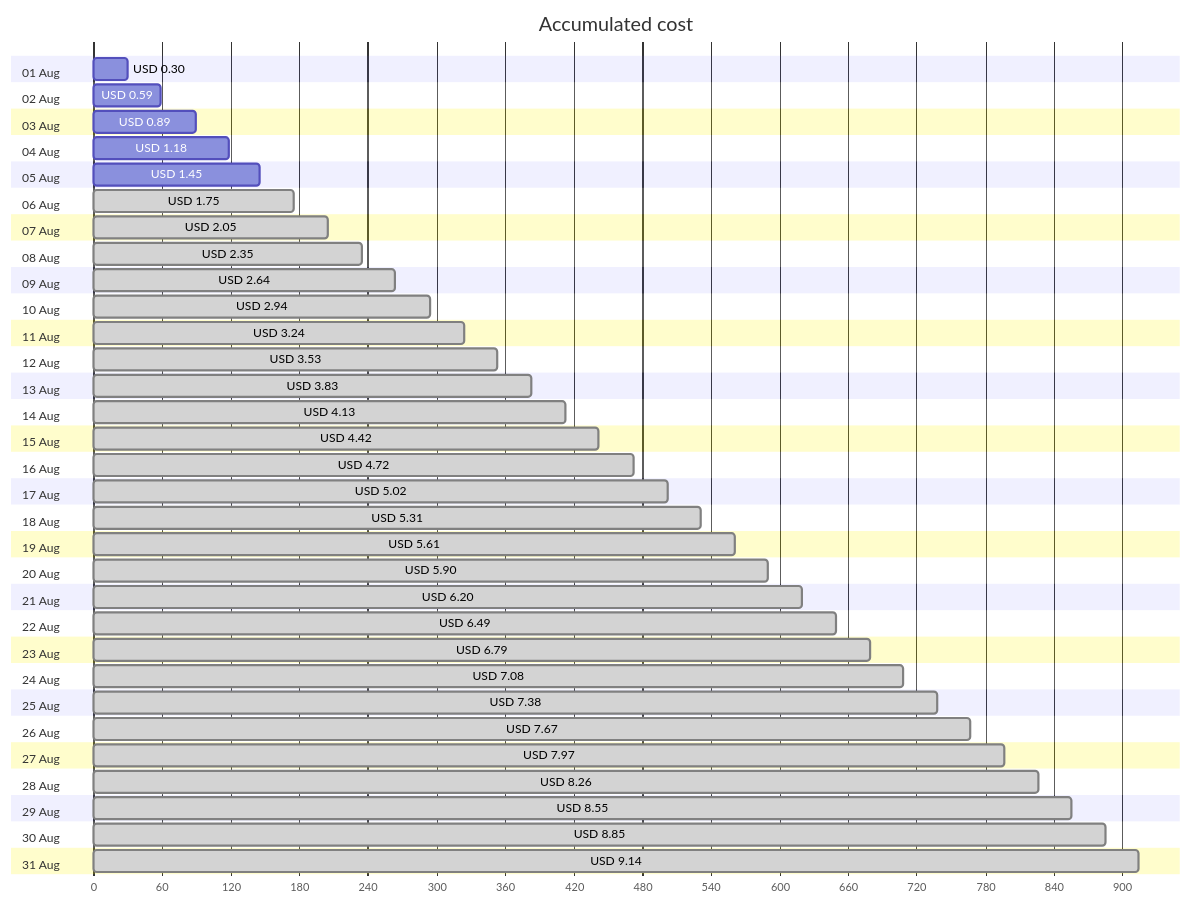
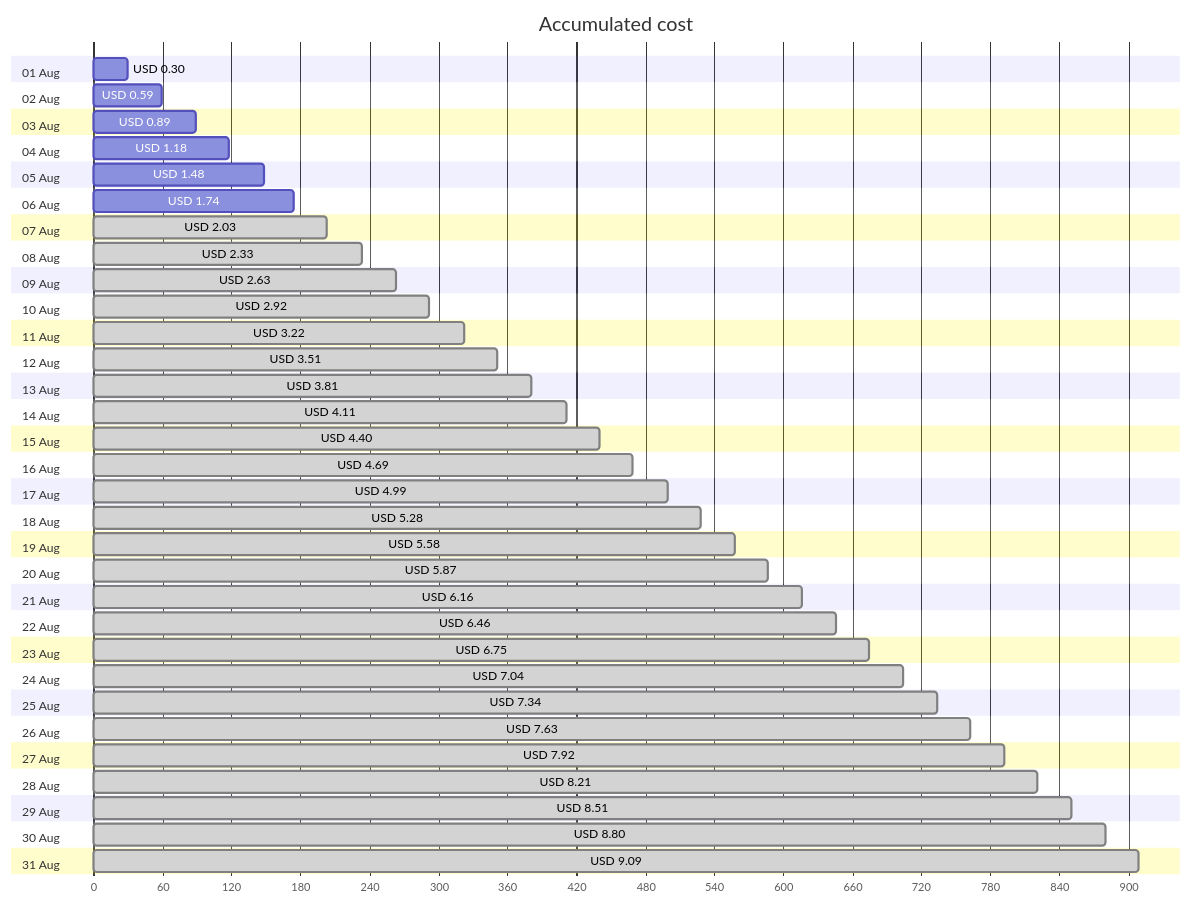
Before and after one commit to jpfulton/azure-personal-reports: the first of 4 diagrams in cost-reports/personal-site/personal-site.md, drawn with Mermaid. The commit also changed other lines of this file and 6 other files, not shown here.

````diff
--- a/cost-reports/personal-site/personal-site.md
+++ b/cost-reports/personal-site/personal-site.md
@@ -20,68 +20,68 @@
 ```mermaid
 gantt
    title Accumulated cost
    dateFormat  X
    axisFormat %s
    section 01 Aug
    USD 0.30 :0, 30
    section 02 Aug
    USD 0.59 :0, 59
    section 03 Aug
    USD 0.89 :0, 89
    section 04 Aug
    USD 1.18 :0, 118
    section 05 Aug
-   USD 1.45 :0, 145
+   USD 1.48 :0, 148
    section 06 Aug
-   USD 1.75 : done, 0, 175
+   USD 1.74 :0, 174
    section 07 Aug
-   USD 2.05 : done, 0, 205
+   USD 2.03 : done, 0, 203
    section 08 Aug
-   USD 2.35 : done, 0, 235
+   USD 2.33 : done, 0, 233
    section 09 Aug
-   USD 2.64 : done, 0, 264
+   USD 2.63 : done, 0, 263
    section 10 Aug
-   USD 2.94 : done, 0, 294
+   USD 2.92 : done, 0, 292
    section 11 Aug
-   USD 3.24 : done, 0, 324
+   USD 3.22 : done, 0, 322
    section 12 Aug
-   USD 3.53 : done, 0, 353
+   USD 3.51 : done, 0, 351
    section 13 Aug
-   USD 3.83 : done, 0, 383
+   USD 3.81 : done, 0, 381
    section 14 Aug
-   USD 4.13 : done, 0, 413
+   USD 4.11 : done, 0, 411
    section 15 Aug
-   USD 4.42 : done, 0, 442
+   USD 4.40 : done, 0, 440
    section 16 Aug
-   USD 4.72 : done, 0, 472
+   USD 4.69 : done, 0, 469
    section 17 Aug
-   USD 5.02 : done, 0, 502
+   USD 4.99 : done, 0, 499
    section 18 Aug
-   USD 5.31 : done, 0, 531
+   USD 5.28 : done, 0, 528
    section 19 Aug
-   USD 5.61 : done, 0, 561
+   USD 5.58 : done, 0, 558
    section 20 Aug
-   USD 5.90 : done, 0, 590
+   USD 5.87 : done, 0, 587
    section 21 Aug
-   USD 6.20 : done, 0, 620
+   USD 6.16 : done, 0, 616
    section 22 Aug
-   USD 6.49 : done, 0, 649
+   USD 6.46 : done, 0, 646
    section 23 Aug
-   USD 6.79 : done, 0, 679
+   USD 6.75 : done, 0, 675
    section 24 Aug
-   USD 7.08 : done, 0, 708
+   USD 7.04 : done, 0, 704
    section 25 Aug
-   USD 7.38 : done, 0, 738
+   USD 7.34 : done, 0, 734
    section 26 Aug
-   USD 7.67 : done, 0, 767
+   USD 7.63 : done, 0, 763
    section 27 Aug
-   USD 7.97 : done, 0, 797
+   USD 7.92 : done, 0, 792
    section 28 Aug
-   USD 8.26 : done, 0, 826
+   USD 8.21 : done, 0, 821
    section 29 Aug
-   USD 8.55 : done, 0, 855
+   USD 8.51 : done, 0, 851
    section 30 Aug
-   USD 8.85 : done, 0, 885
+   USD 8.80 : done, 0, 880
    section 31 Aug
-   USD 9.14 : done, 0, 914
+   USD 9.09 : done, 0, 909
 ```
````
